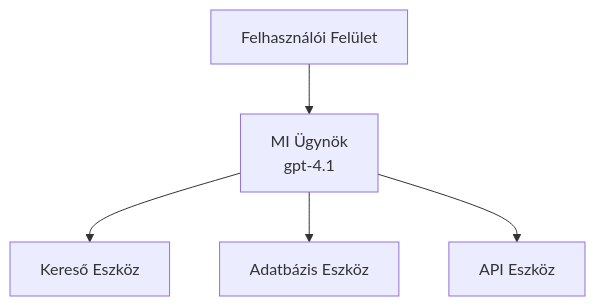
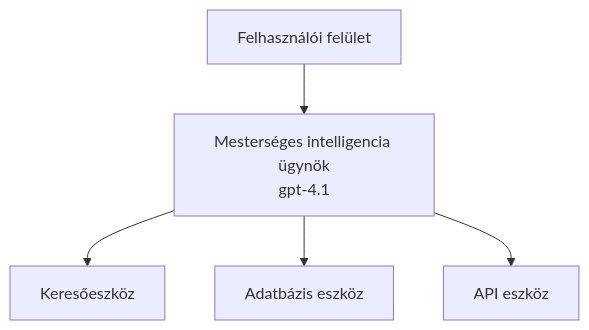
Before and after one commit to microsoft/AZD-for-beginners: the first of 3 diagrams in translations/hu/docs/chapter-02-ai-development/agents.md, drawn with Mermaid. The commit also changed other lines of this file and 61 other files, not shown here.

````diff
--- a/translations/hu/docs/chapter-02-ai-development/agents.md
+++ b/translations/hu/docs/chapter-02-ai-development/agents.md
@@ -162,7 +162,7 @@
 ```mermaid
 graph TD
-    UI[Felhasználói Felület] --> Agent[MI Ügynök<br/>gpt-4.1]
-    Agent --> Search[Kereső Eszköz]
-    Agent --> Database[Adatbázis Eszköz]
-    Agent --> API[API Eszköz]
+    UI[Felhasználói felület] --> Agent[Mesterséges intelligencia ügynök<br/>gpt-4.1]
+    Agent --> Search[Keresőeszköz]
+    Agent --> Database[Adatbázis eszköz]
+    Agent --> API[API eszköz]
 ```
````
